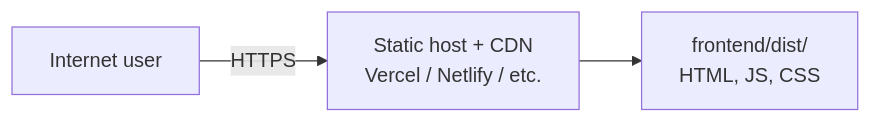
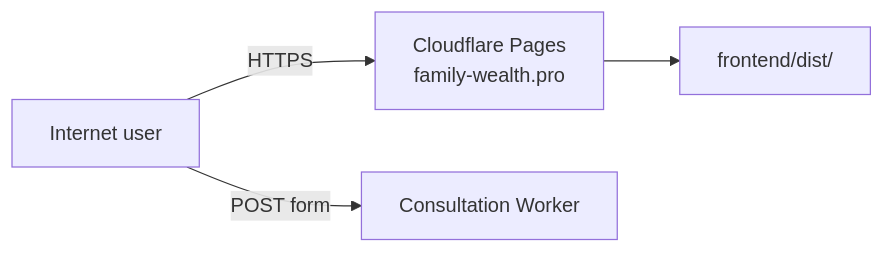
Before and after one commit to anton-cheg-pro/ifa: the fifth of 8 diagrams in docs/architecture.md, drawn with Mermaid. The commit also changed other lines of this file and 6 other files, not shown here.

First line of the commit message:
Homepage CTAs, favicon, and architecture docs update.

````diff
--- a/docs/architecture.md
+++ b/docs/architecture.md
@@ -159,9 +179,11 @@
 ```mermaid
 flowchart LR
   USER[Internet user]
-  CDN[Static host + CDN<br/>Vercel / Netlify / etc.]
-  DIST[frontend/dist/<br/>HTML, JS, CSS]
+  CF[Cloudflare Pages<br/>family-wealth.pro]
+  DIST[frontend/dist/]
+  WORKER[Consultation Worker]
 
-  USER -->|HTTPS| CDN
-  CDN --> DIST
+  USER -->|HTTPS| CF
+  CF --> DIST
+  USER -->|POST form| WORKER
 ```
````
